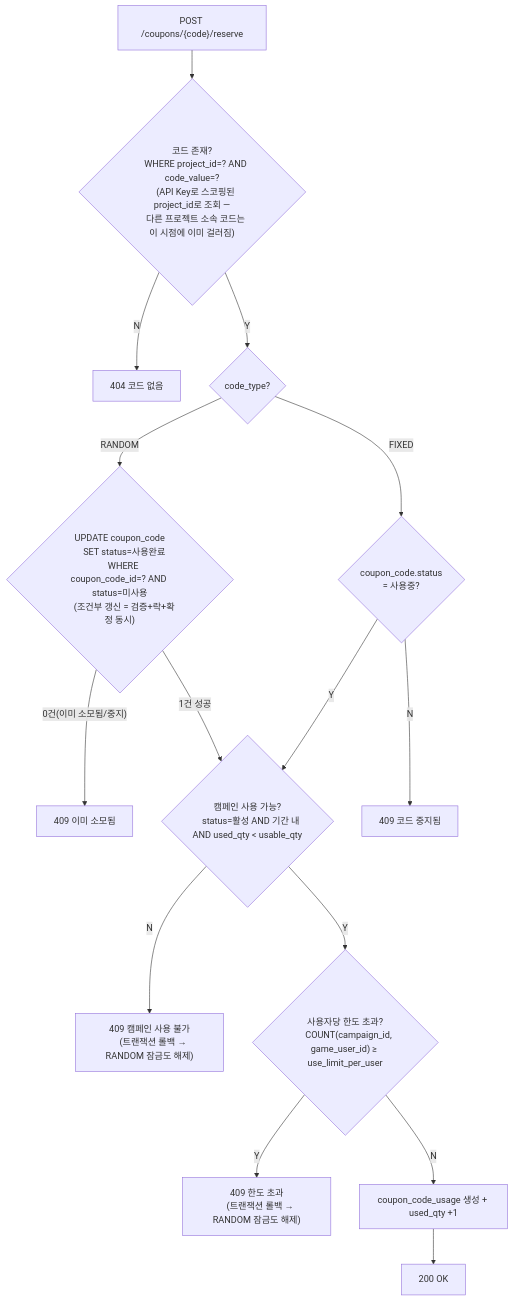
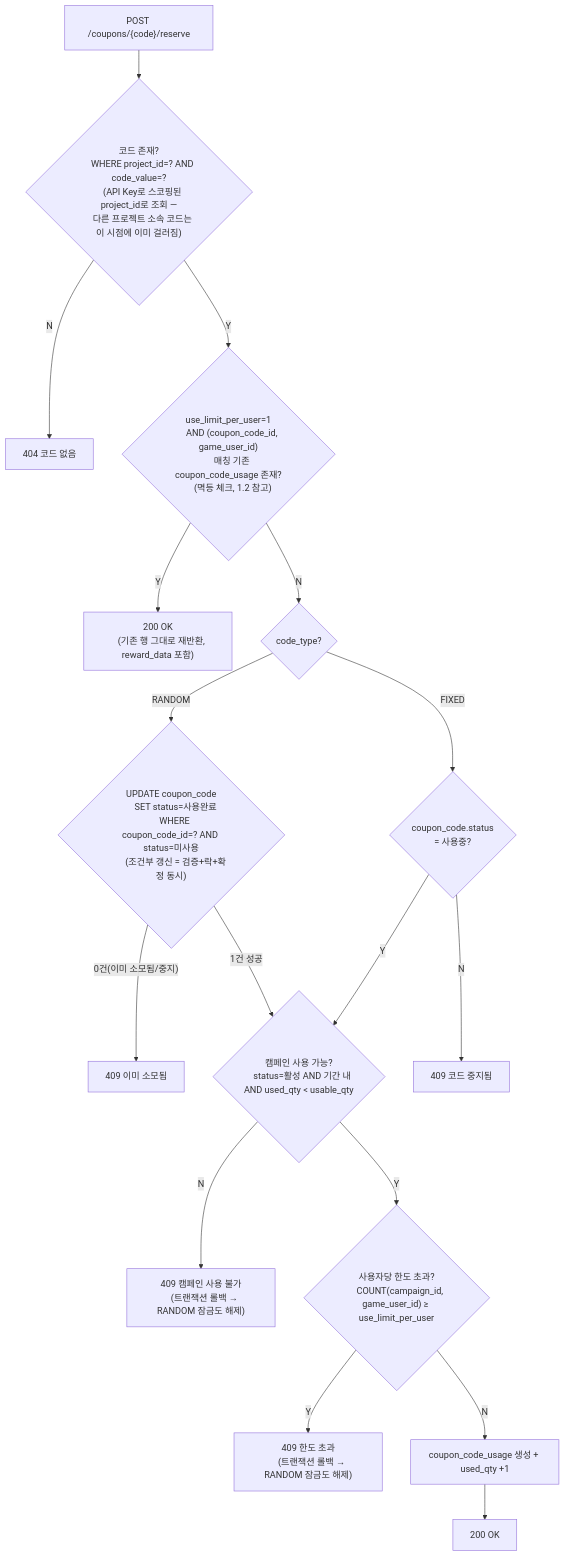
Before and after one commit to trisakion0500/coupon_platform: the second of 3 diagrams in docs/06_COUPON_USAGE_SCENARIO.md, drawn with Mermaid. The commit also changed other lines of this file and 2 other files, not shown here.

````diff
--- a/docs/06_COUPON_USAGE_SCENARIO.md
+++ b/docs/06_COUPON_USAGE_SCENARIO.md
@@ -79,32 +85,38 @@
 ```mermaid
 flowchart TD
     A["POST /coupons/{code}/reserve"] --> B{"코드 존재?
     WHERE project_id=? AND code_value=?
     (API Key로 스코핑된 project_id로 조회 —
     다른 프로젝트 소속 코드는 이 시점에 이미 걸러짐)"}
     B -- N --> B1["404 코드 없음"]
-    B -- Y --> T{code_type?}
+    B -- Y --> I{"use_limit_per_user=1
+    AND (coupon_code_id, game_user_id)
+    매칭 기존 coupon_code_usage 존재?
+    (멱등 체크, 1.2 참고)"}
+    I -- Y --> I1["200 OK
+    (기존 행 그대로 재반환, reward_data 포함)"]
+    I -- N --> T{code_type?}
 
     T -- RANDOM --> R1{"UPDATE coupon_code
     SET status=사용완료
     WHERE coupon_code_id=? AND status=미사용
     (조건부 갱신 = 검증+락+확정 동시)"}
     R1 -- "0건(이미 소모됨/중지)" --> R2["409 이미 소모됨"]
     R1 -- "1건 성공" --> D
 
     T -- FIXED --> F1{"coupon_code.status
     = 사용중?"}
     F1 -- N --> F2["409 코드 중지됨"]
     F1 -- Y --> D
 
     D{"캠페인 사용 가능?
     status=활성 AND 기간 내 AND used_qty < usable_qty"}
     D -- N --> D1["409 캠페인 사용 불가
     (트랜잭션 롤백 → RANDOM 잠금도 해제)"]
     D -- Y --> E{"사용자당 한도 초과?
     COUNT(campaign_id, game_user_id) ≥ use_limit_per_user"}
     E -- Y --> E1["409 한도 초과
     (트랜잭션 롤백 → RANDOM 잠금도 해제)"]
     E -- N --> G["coupon_code_usage 생성 + used_qty +1"]
     G --> H["200 OK"]
 ```
````
